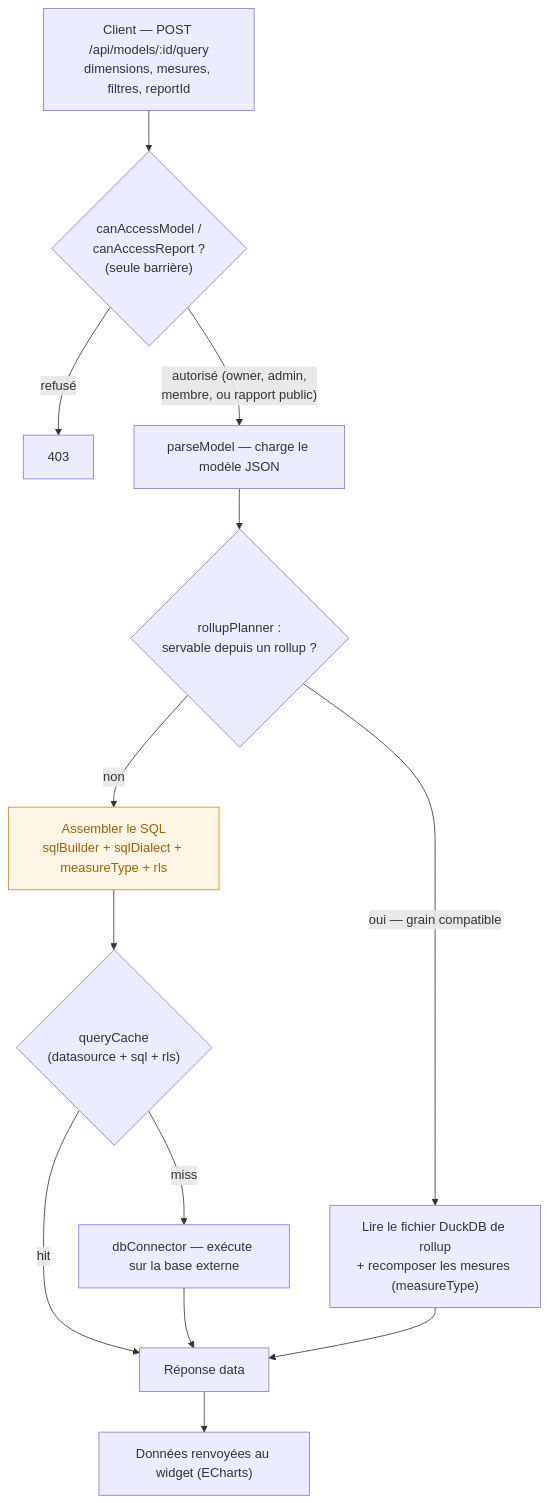
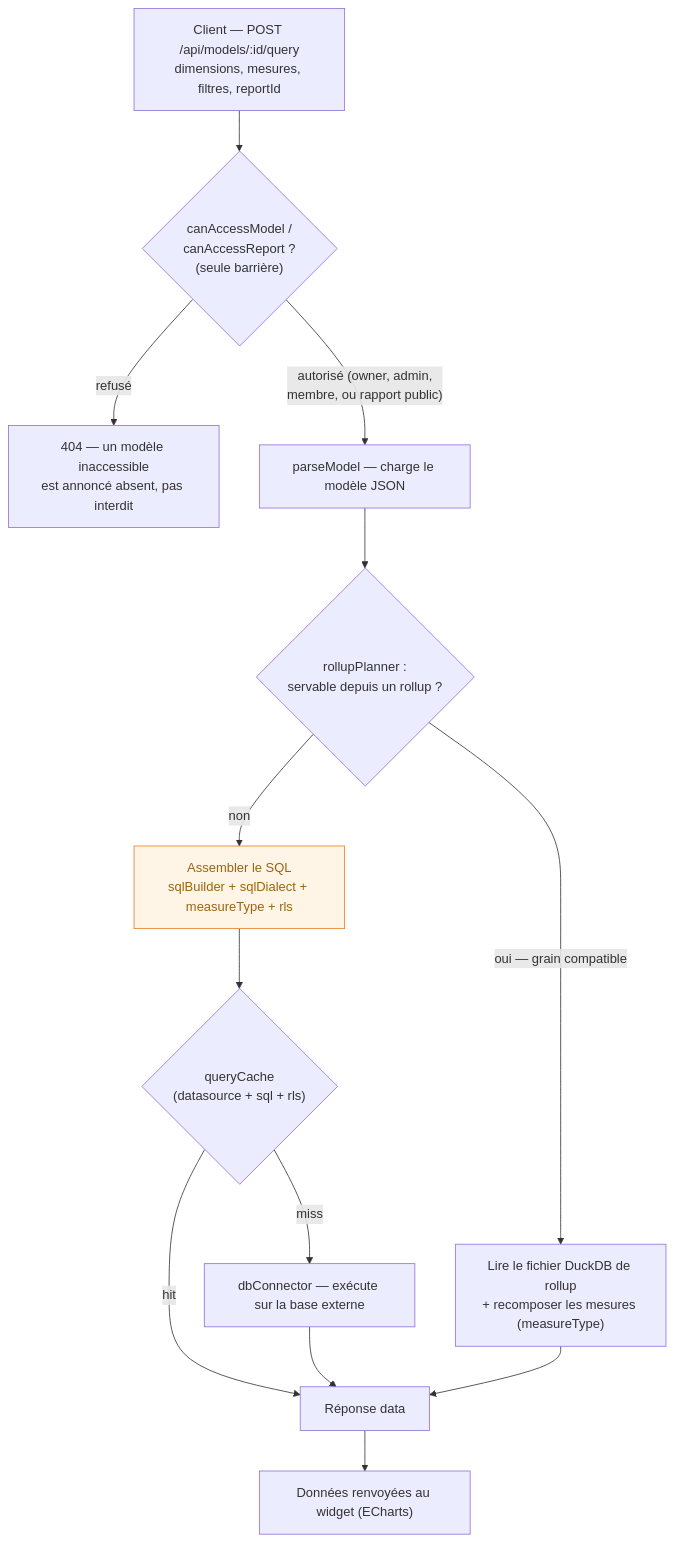
The third of 5 diagrams in docs/ARCHITECTURE.md (cracky777/openreport), drawn with Mermaid before and after one commit. The commit also changed other lines of this file and 6 other files, not shown here.

````diff
--- a/docs/ARCHITECTURE.md
+++ b/docs/ARCHITECTURE.md
@@ -111,18 +113,18 @@
 ```mermaid
 flowchart TD
   A["Client — POST /api/models/:id/query<br/>dimensions, mesures, filtres, reportId"] --> B{"canAccessModel /<br/>canAccessReport ?<br/>(seule barrière)"}
-  B -->|"refusé"| X["403"]
+  B -->|"refusé"| X["404 — un modèle inaccessible<br/>est annoncé absent, pas interdit"]
   B -->|"autorisé (owner, admin,<br/>membre, ou rapport public)"| C["parseModel — charge le modèle JSON"]
   C --> D{"rollupPlanner :<br/>servable depuis un rollup ?"}
   D -->|"oui — grain compatible"| E["Lire le fichier DuckDB de rollup<br/>+ recomposer les mesures (measureType)"]
   D -->|"non"| F["Assembler le SQL<br/>sqlBuilder + sqlDialect + measureType + rls"]
   F --> G{"queryCache<br/>(datasource + sql + rls)"}
   G -->|"hit"| R["Réponse data"]
   G -->|"miss"| H["dbConnector — exécute sur la base externe"]
   H --> R
   E --> R
   R --> Z["Données renvoyées au widget (ECharts)"]
 
   classDef weak fill:#fef5e7,stroke:#e67e22,stroke-width:1px,color:#9c640c;
   class F weak
 ```
````
